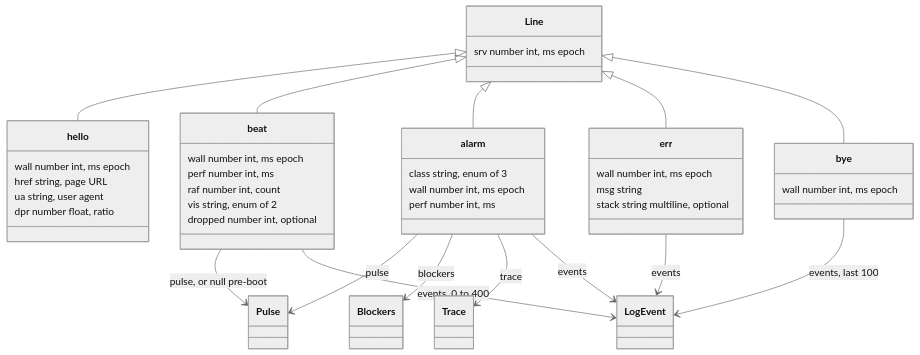
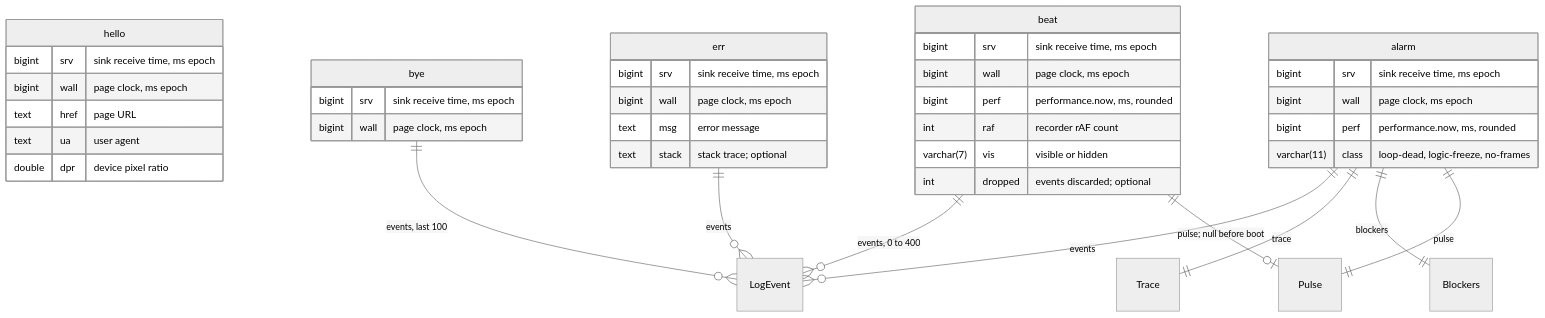
One commit to MrBisonte/crow-archer changed the second of 4 diagrams in docs/playbooks/monitored-playtest.md. Above: the diagram before and after it, drawn with Mermaid (neutral theme). The commit also changed other lines of this file, not shown here.

First line of the commit message:
docs(playbooks): record model as proper ER diagrams

````diff
--- a/docs/playbooks/monitored-playtest.md
+++ b/docs/playbooks/monitored-playtest.md
@@ -194,49 +198,42 @@
 ```mermaid
-classDiagram
-  class Line {
-    srv number int, ms epoch
+erDiagram
+  hello {
+    bigint srv "sink receive time, ms epoch"
+    bigint wall "page clock, ms epoch"
+    text href "page URL"
+    text ua "user agent"
+    double dpr "device pixel ratio"
   }
-  class hello {
-    wall number int, ms epoch
-    href string, page URL
-    ua string, user agent
-    dpr number float, ratio
+  beat {
+    bigint srv "sink receive time, ms epoch"
+    bigint wall "page clock, ms epoch"
+    bigint perf "performance.now, ms, rounded"
+    int raf "recorder rAF count"
+    varchar(7) vis "visible or hidden"
+    int dropped "events discarded; optional"
   }
-  class beat {
-    wall number int, ms epoch
-    perf number int, ms
-    raf number int, count
-    vis string, enum of 2
-    dropped number int, optional
+  alarm {
+    bigint srv "sink receive time, ms epoch"
+    bigint wall "page clock, ms epoch"
+    bigint perf "performance.now, ms, rounded"
+    varchar(11) class "loop-dead, logic-freeze, no-frames"
   }
-  class alarm {
-    class string, enum of 3
-    wall number int, ms epoch
-    perf number int, ms
+  err {
+    bigint srv "sink receive time, ms epoch"
+    bigint wall "page clock, ms epoch"
+    text msg "error message"
+    text stack "stack trace; optional"
   }
-  class err {
-    wall number int, ms epoch
-    msg string
-    stack string multiline, optional
+  bye {
+    bigint srv "sink receive time, ms epoch"
+    bigint wall "page clock, ms epoch"
   }
-  class bye {
-    wall number int, ms epoch
-  }
-  class Pulse
-  class LogEvent
-  class Blockers
-  class Trace
-  Line <|-- hello
-  Line <|-- beat
-  Line <|-- alarm
-  Line <|-- err
-  Line <|-- bye
-  beat --> Pulse : pulse, or null pre-boot
-  beat --> LogEvent : events, 0 to 400
-  alarm --> Pulse : pulse
-  alarm --> Blockers : blockers
-  alarm --> Trace : trace
-  alarm --> LogEvent : events
-  err --> LogEvent : events
-  bye --> LogEvent : events, last 100
+  beat ||--o| Pulse : "pulse; null before boot"
+  beat ||--o{ LogEvent : "events, 0 to 400"
+  alarm ||--|| Pulse : "pulse"
+  alarm ||--|| Blockers : "blockers"
+  alarm ||--|| Trace : "trace"
+  alarm ||--o{ LogEvent : "events"
+  err ||--o{ LogEvent : "events"
+  bye ||--o{ LogEvent : "events, last 100"
 ```
````
